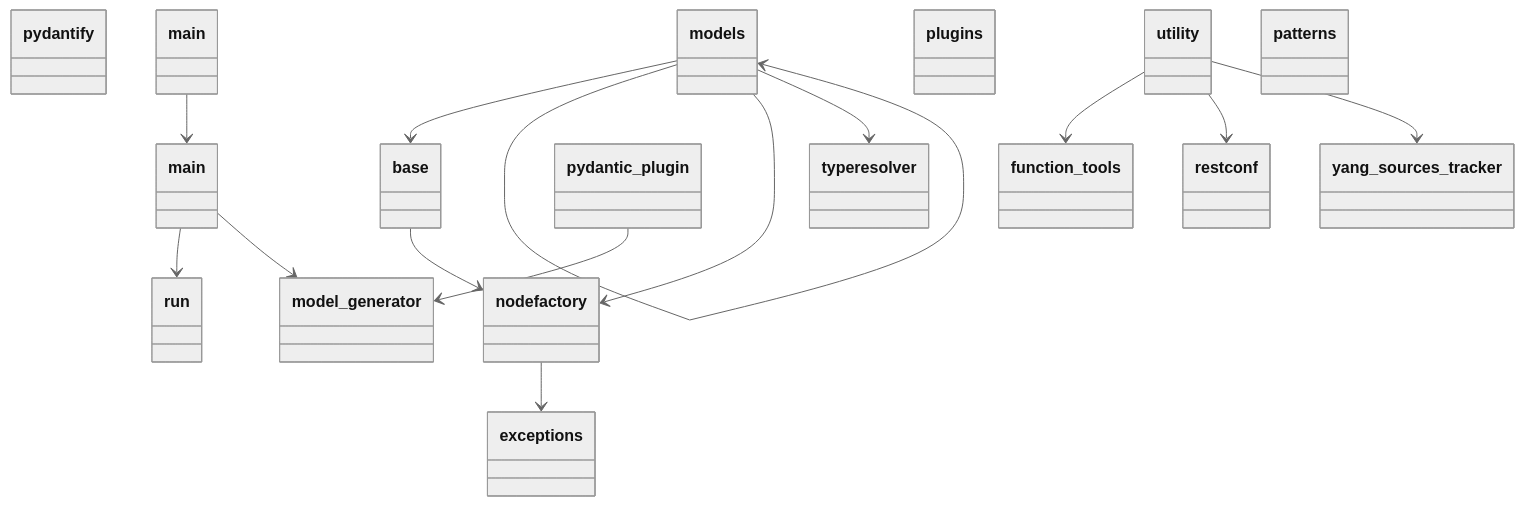
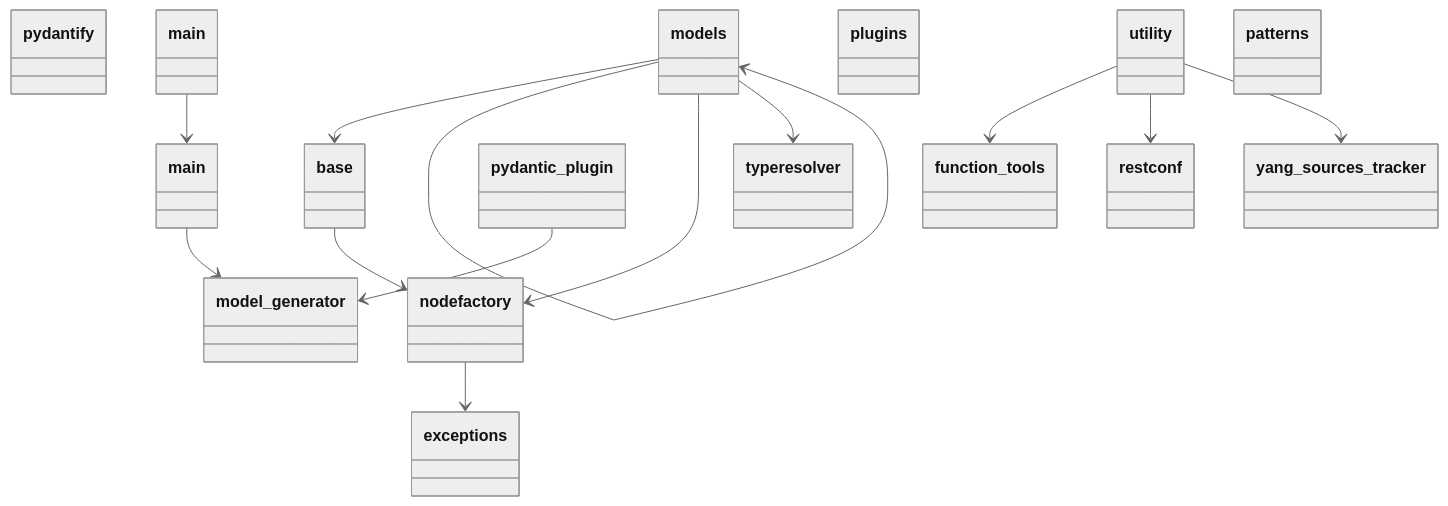
The diagram in docs/resources/packages_pydantify.mmd (pydantify/pydantify), drawn with Mermaid (neutral theme) before and after one commit. The commit also changed 18 other files, not shown here.

```diff
--- a/docs/resources/packages_pydantify.mmd
+++ b/docs/resources/packages_pydantify.mmd
@@ -1,50 +1,47 @@
 classDiagram
   class pydantify {
   }
   class __main__ {
   }
   class exceptions {
   }
   class main {
   }
   class models {
   }
   class base {
   }
   class models {
   }
   class nodefactory {
   }
   class typeresolver {
   }
   class plugins {
   }
   class pydantic_plugin {
   }
-  class run {
-  }
   class utility {
   }
   class function_tools {
   }
   class model_generator {
   }
   class patterns {
   }
   class restconf {
   }
   class yang_sources_tracker {
   }
   __main__ --> main
-  main --> run
   main --> model_generator
   models --> base
   models --> models
   models --> nodefactory
   models --> typeresolver
   base --> nodefactory
   nodefactory --> exceptions
   pydantic_plugin --> model_generator
   utility --> function_tools
   utility --> restconf
   utility --> yang_sources_tracker
```
